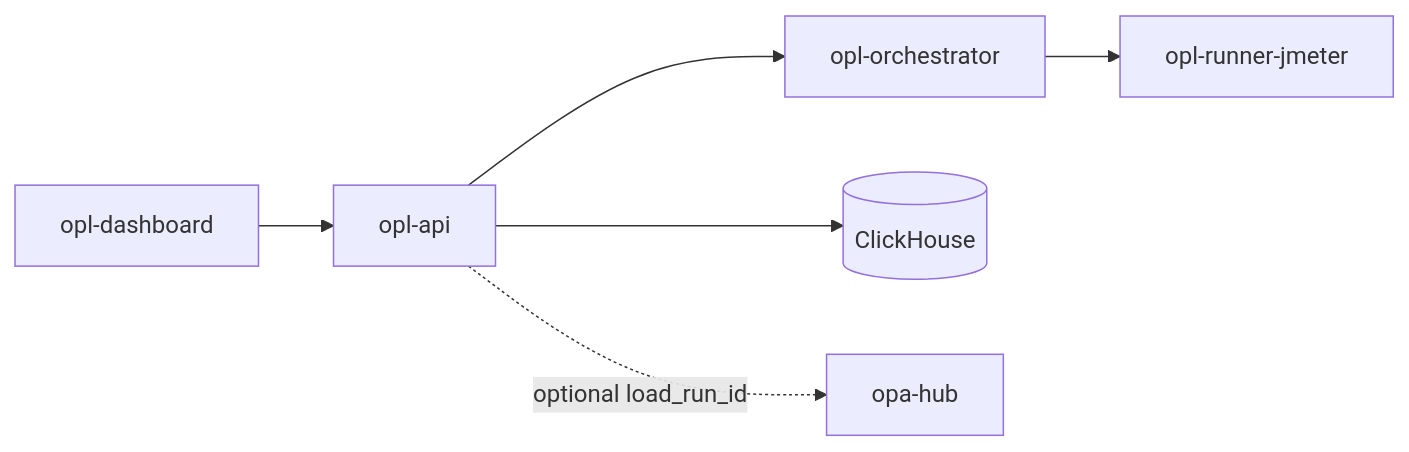
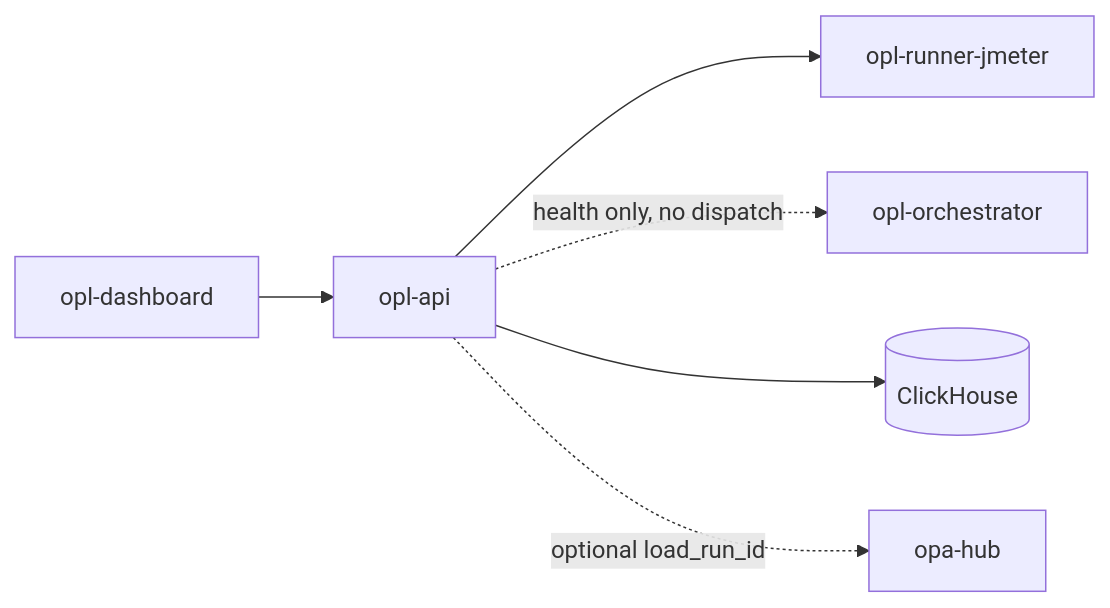
One commit to TheGrimmChester/OPL-API changed the diagram in docs/architecture.md. Above: the diagram before and after it, drawn with Mermaid. The commit also changed other lines of this file and 3 other files, not shown here.

First line of the commit message:
Docs: datasets do not reach the executed test; orchestrator is health-only

````diff
--- a/docs/architecture.md
+++ b/docs/architecture.md
@@ -5,8 +10,8 @@
 ```mermaid
 flowchart LR
   UI[opl-dashboard] --> API[opl-api]
-  API --> Orch[opl-orchestrator]
-  Orch --> Runner[opl-runner-jmeter]
+  API --> Runner[opl-runner-jmeter]
+  API -.->|health only, no dispatch| Orch[opl-orchestrator]
   API --> CH[(ClickHouse)]
   API -.->|optional load_run_id| Hub[opa-hub]
 ```
````
